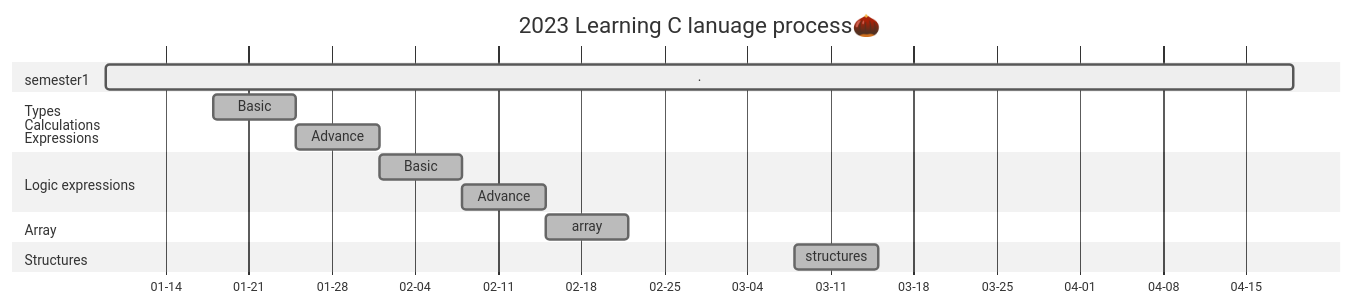
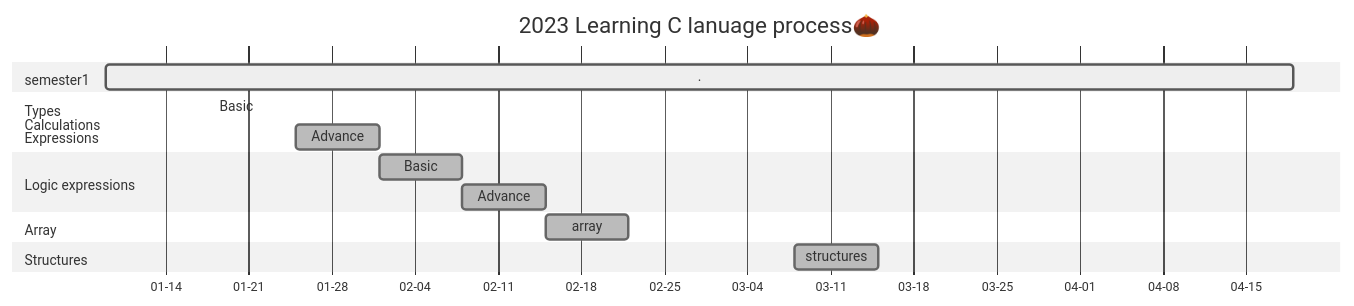
Before and after one commit to AimeeWen1992/Learning-C: the second of 2 diagrams in README.md, drawn with Mermaid (neutral theme).

````diff
--- a/README.md
+++ b/README.md
@@ -32,22 +32,22 @@
 ```mermaid
 gantt
 title 2023 Learning C lanuage process🌰
 dateFormat YYYY-MM-DD
 axisFormat %m-%d
 section semester1
         .            :active,01-09,100d
 section Types<br />Calculations<br />Expressions
-        Basic   :done,01-18,7d
+        Basic   :done,01-18,01-25
         Advance :done,01-25,7d
 
 section Logic expressions
         Basic   :done,des1,02-01,7d
         Advance :done,des2,after des1,7d
 
 section Array
         array :done,02-15,7d
 
 section Structures
         structures :done,03-08,7d
 
 ```
````
